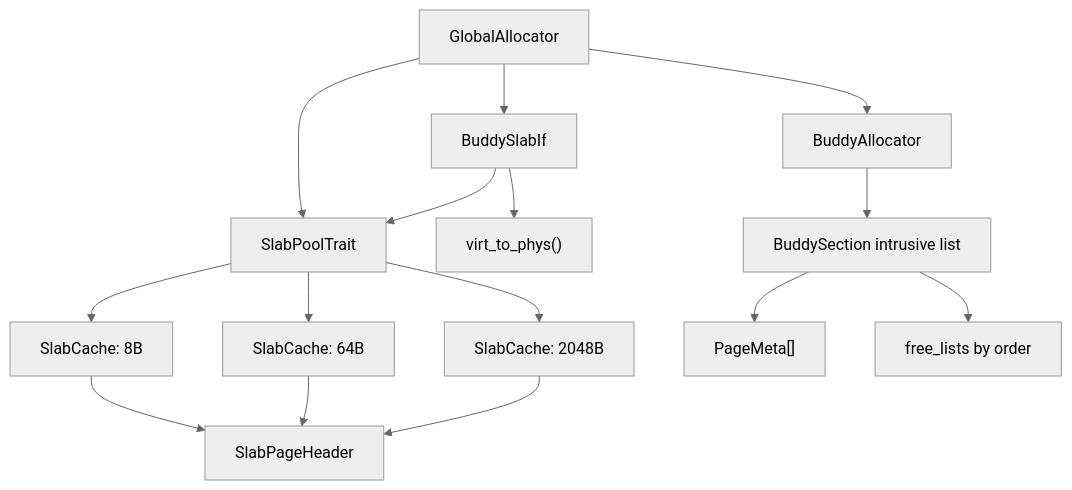
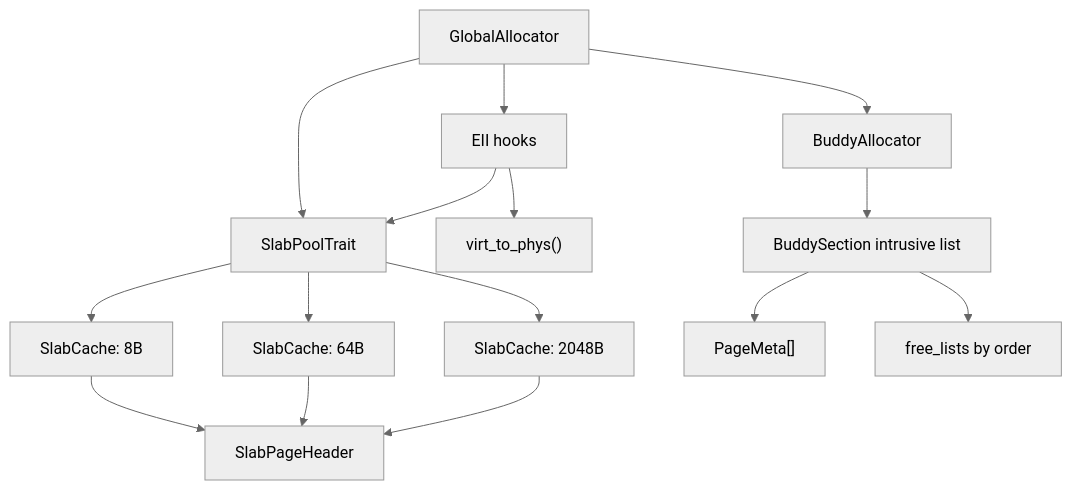
One commit to Dirinkbottle/tgoskits changed the first of 8 diagrams in memory/buddy-slab-allocator/docs/design.md. Above: the diagram before and after it, drawn with Mermaid (neutral theme). The commit also changed other lines of this file and 3840 other files, not shown here.

````diff
--- a/memory/buddy-slab-allocator/docs/design.md
+++ b/memory/buddy-slab-allocator/docs/design.md
@@ -31,20 +31,20 @@
 ```mermaid
 flowchart TD
     GA["GlobalAllocator"] --> B["BuddyAllocator"]
     GA --> SP["SlabPoolTrait"]
-    GA --> EI["BuddySlabIf"]
+    GA --> EI["EII hooks"]
     EI --> SP
     EI --> V2P["virt_to_phys()"]
 
     SP --> SC8["SlabCache: 8B"]
     SP --> SC64["SlabCache: 64B"]
     SP --> SC2K["SlabCache: 2048B"]
 
     SC8 --> SPH["SlabPageHeader"]
     SC64 --> SPH
     SC2K --> SPH
 
     B --> SH["BuddySection intrusive list"]
     SH --> PM["PageMeta[]"]
     SH --> FL["free_lists by order"]
 ```
````
